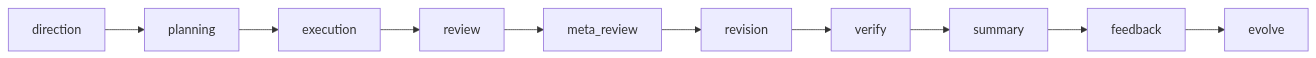
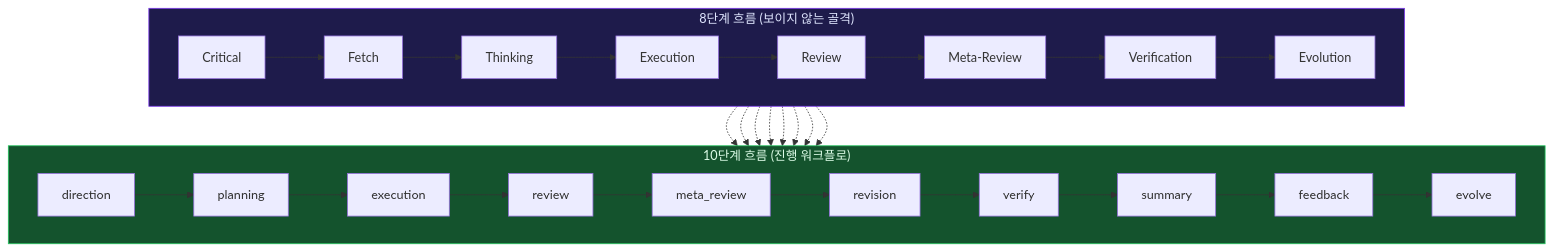
The second of 9 diagrams in README.ko-KR.md (limda007/Meta_Kim), drawn with Mermaid before and after one commit. The commit also changed other lines of this file and 22 other files, not shown here.

````diff
--- a/README.ko-KR.md
+++ b/README.ko-KR.md
@@ -322,6 +191,24 @@
 ```mermaid
-graph LR
-  B1[direction] --> B2[planning] --> B3[execution] --> B4[review]
-  B4 --> B5[meta_review] --> B6[revision] --> B7[verify]
-  B7 --> B8[summary] --> B9[feedback] --> B10[evolve]
+flowchart TB
+    subgraph spine["8단계 흐름 (보이지 않는 골격)"]
+        direction LR
+        C1[Critical] --> F1[Fetch] --> T1[Thinking] --> E1[Execution] --> R1[Review] --> MR1[Meta-Review] --> V1[Verification] --> EV1[Evolution]
+    end
+
+    subgraph workflow["10단계 흐름 (진행 워크플로)"]
+        direction LR
+        D2[direction] --> P2[planning] --> EX2[execution] --> RE2[review] --> MET2[meta_review] --> REV2[revision] --> VER2[verify] --> SUM2[summary] --> FB2[feedback] --> EVO2[evolve]
+    end
+
+    C1 -.-> D2
+    F1 -.-> P2
+    T1 -.-> P2
+    E1 -.-> EX2
+    R1 -.-> RE2
+    MR1 -.-> MET2
+    V1 -.-> VER2
+    EV1 -.-> EVO2
+
+    style spine fill:#1e1b4b,stroke:#7c3aed,color:#e0e7ff
+    style workflow fill:#14532d,stroke:#22c55e,color:#dcfce7
 ```
````
